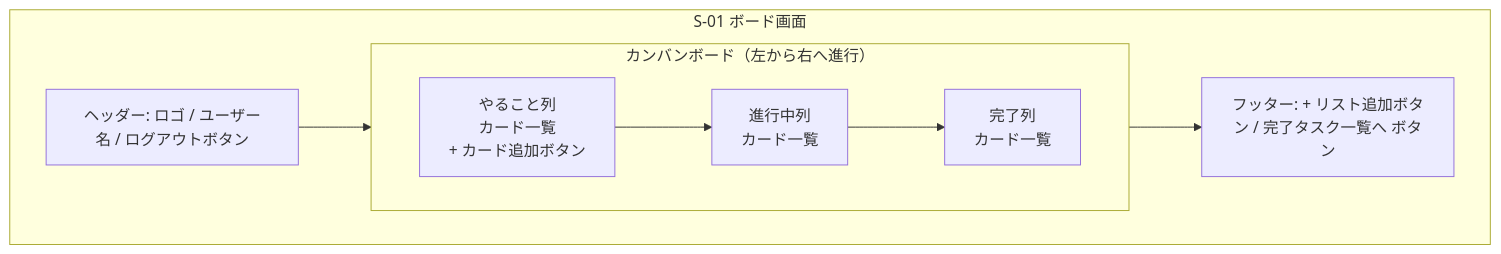
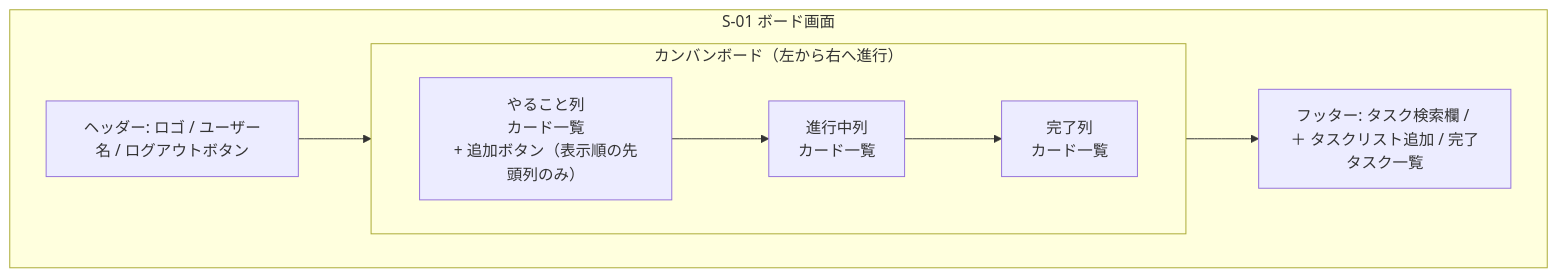
The first of 5 diagrams in docs/details/wireframes.md (yamamotonaoki3/TaskManagement), drawn with Mermaid before and after one commit. The commit also changed other lines of this file and 16 other files, not shown here.

````diff
--- a/docs/details/wireframes.md
+++ b/docs/details/wireframes.md
@@ -9,12 +9,12 @@
 ```mermaid
 flowchart TB
     subgraph S01[S-01 ボード画面]
         H01[ヘッダー: ロゴ / ユーザー名 / ログアウトボタン]
         subgraph Board[カンバンボード（左から右へ進行）]
             direction LR
-            C1[やること列<br/>カード一覧<br/>+ カード追加ボタン] --> C2[進行中列<br/>カード一覧] --> C3[完了列<br/>カード一覧]
+            C1[やること列<br/>カード一覧<br/>+ 追加ボタン（表示順の先頭列のみ）] --> C2[進行中列<br/>カード一覧] --> C3[完了列<br/>カード一覧]
         end
-        F01[フッター: + リスト追加ボタン / 完了タスク一覧へ ボタン]
+        F01[フッター: タスク検索欄 / ＋ タスクリスト追加 / 完了タスク一覧]
         H01 --> Board --> F01
     end
 ```
````
